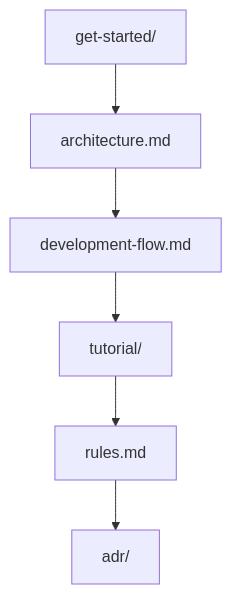
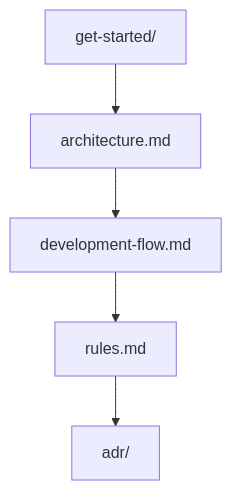
Before and after one commit to Tomy-ch/go-boilerplate: the first of 7 diagrams in docs/index.md, drawn with Mermaid. The commit also changed other lines of this file and 916 other files, not shown here.

````diff
--- a/docs/index.md
+++ b/docs/index.md
@@ -49,8 +48,4 @@
 ```mermaid
 flowchart TB
-    %% sample-api:replace-begin
-    A["get-started/"] --> B["architecture.md"] --> C["development-flow.md"] --> D["tutorial/"] --> E["rules.md"] --> F["adr/"]
-    %% sample-api:replace-with
-    %% = A["get-started/"] --> B["architecture.md"] --> C["development-flow.md"] --> D["rules.md"] --> E["adr/"]
-    %% sample-api:replace-end
+    A["get-started/"] --> B["architecture.md"] --> C["development-flow.md"] --> D["rules.md"] --> E["adr/"]
 ```
````
